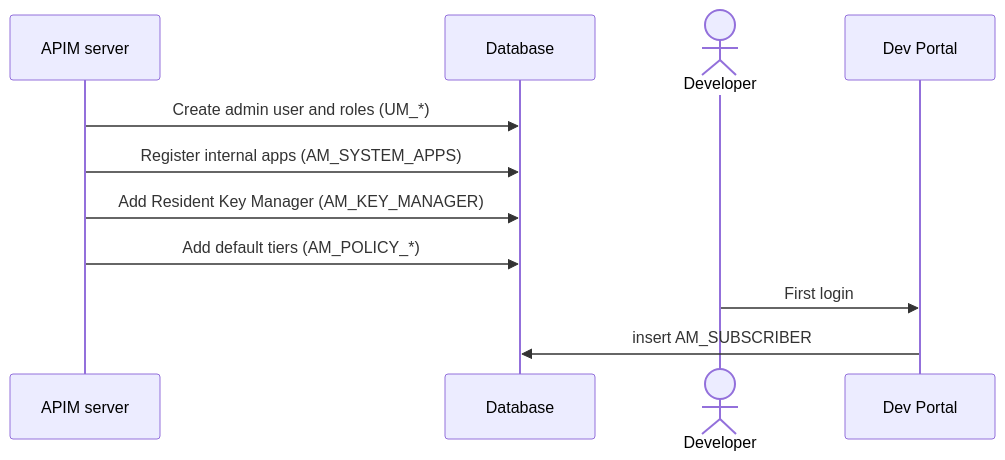
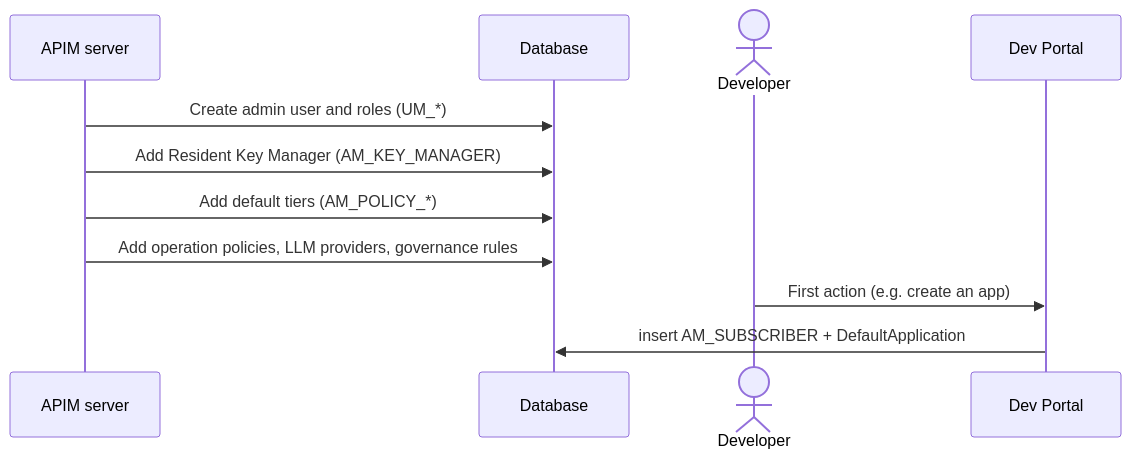
The diagram in docs/apim-4/flows/01-bootstrap.md (SaviNimz/apim-db-docs), drawn with Mermaid before and after one commit. The commit also changed other lines of this file and 55 other files, not shown here.

First line of the commit message:
Verify all core flows against running 3.2.0 and 4.7.0 servers

````diff
--- a/docs/apim-4/flows/01-bootstrap.md
+++ b/docs/apim-4/flows/01-bootstrap.md
@@ -12,13 +19,13 @@
 ```mermaid
 sequenceDiagram
     participant Server as APIM server
     participant DB as Database
     actor User as Developer
     participant Portal as Dev Portal
     Server->>DB: Create admin user and roles (UM_*)
-    Server->>DB: Register internal apps (AM_SYSTEM_APPS)
     Server->>DB: Add Resident Key Manager (AM_KEY_MANAGER)
     Server->>DB: Add default tiers (AM_POLICY_*)
-    User->>Portal: First login
-    Portal->>DB: insert AM_SUBSCRIBER
+    Server->>DB: Add operation policies, LLM providers, governance rules
+    User->>Portal: First action (e.g. create an app)
+    Portal->>DB: insert AM_SUBSCRIBER + DefaultApplication
 ```
````
